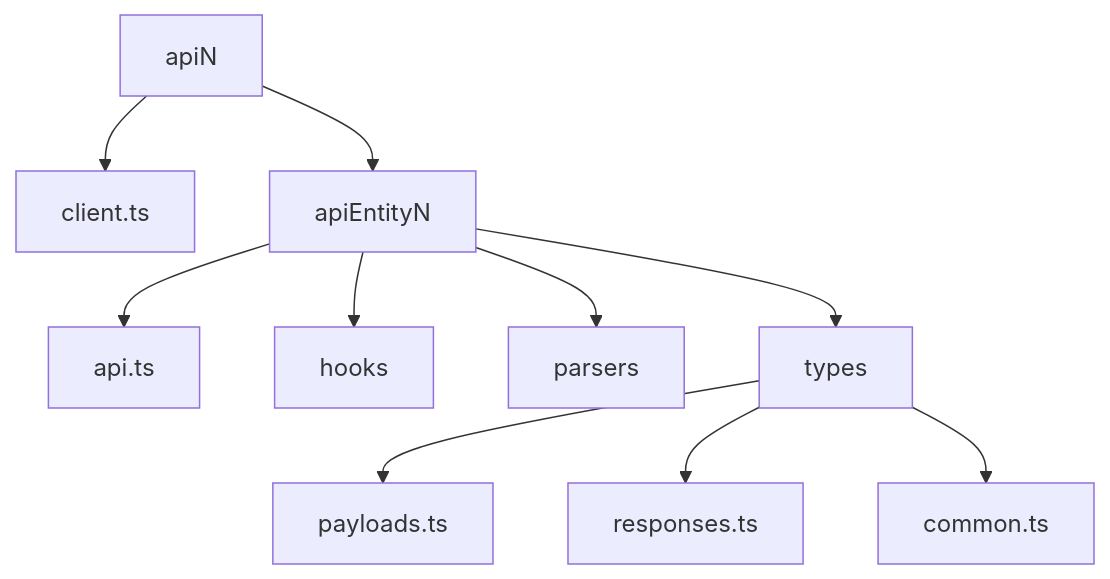
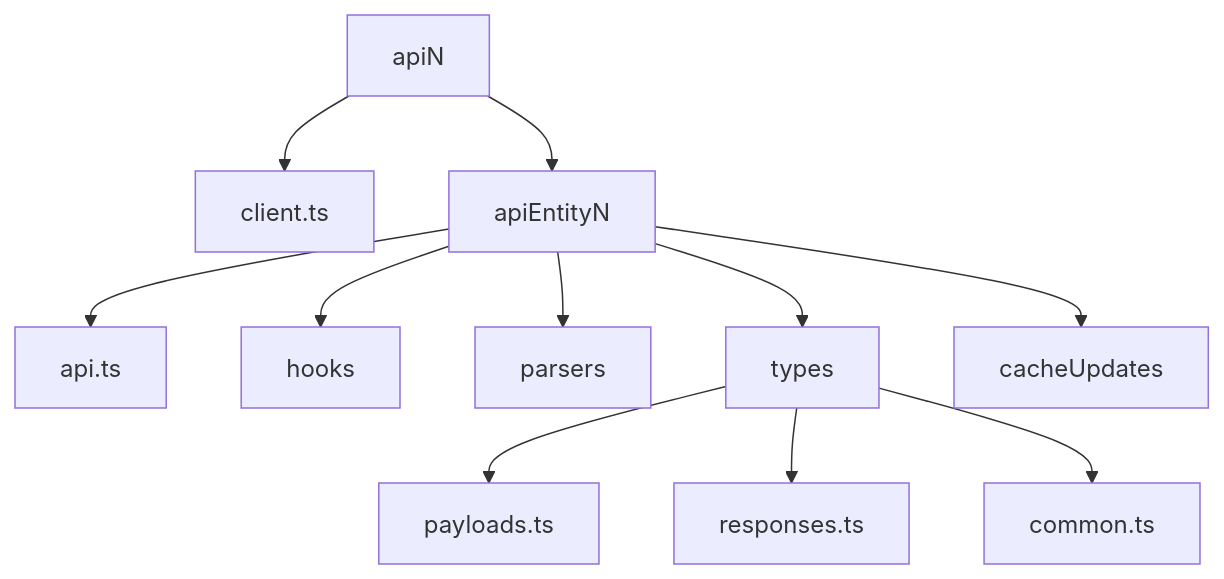
The third of 10 diagrams in apps/archive/docs/engineering-playbook/source-control/simple-react-files-stricture.mdx (runespoor-engineering/runespoorstack), drawn with Mermaid before and after one commit. The commit also changed other lines of this file, not shown here.

Commit message:
docs(simple-react-files-structure): add `cacheUpdates` file

````diff
--- a/apps/archive/docs/engineering-playbook/source-control/simple-react-files-stricture.mdx
+++ b/apps/archive/docs/engineering-playbook/source-control/simple-react-files-stricture.mdx
@@ -146,12 +147,13 @@
 ```mermaid
 graph TD
   apiN --> client.ts
   apiN --> apiEntityN
   apiEntityN --> api.ts
   apiEntityN --> apiEntityHooks[hooks]
   apiEntityN --> apiEntityParsers[parsers]
   apiEntityN --> apiEntityTypes[types]
+  apiEntityN --> apiEntityCacheUpdates[cacheUpdates]
   apiEntityTypes --> payloads.ts
   apiEntityTypes --> responses.ts
   apiEntityTypes --> common.ts
 ```
````
